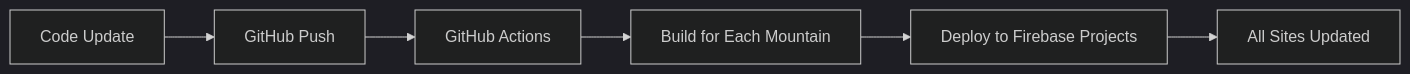
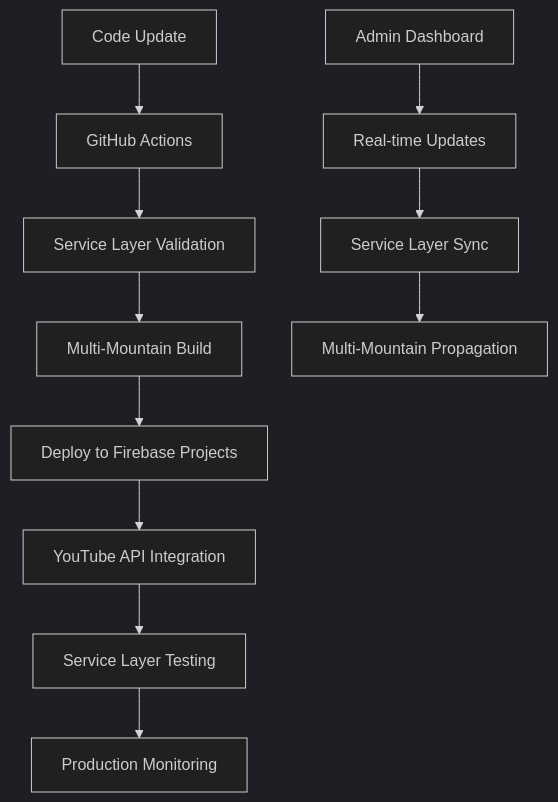
One commit to wwolfyy/mohocat changed the first of 2 diagrams in docs/architecture/PLATFORM_ARCHITECTURE.md. Above: the diagram before and after it, drawn with Mermaid (dark theme). The commit also changed other lines of this file and 4 other files, not shown here.

````diff
--- a/docs/architecture/PLATFORM_ARCHITECTURE.md
+++ b/docs/architecture/PLATFORM_ARCHITECTURE.md
@@ -92,8 +107,14 @@
 ```mermaid
-graph LR
-    A[Code Update] --> B[GitHub Push]
-    B --> C[GitHub Actions]
-    C --> D[Build for Each Mountain]
+graph TD
+    A[Code Update] --> B[GitHub Actions]
+    B --> C[Service Layer Validation]
+    C --> D[Multi-Mountain Build]
     D --> E[Deploy to Firebase Projects]
-    E --> F[All Sites Updated]
+    E --> F[YouTube API Integration]
+    F --> G[Service Layer Testing]
+    G --> H[Production Monitoring]
+    
+    I[Admin Dashboard] --> J[Real-time Updates]
+    J --> K[Service Layer Sync]
+    K --> L[Multi-Mountain Propagation]
 ```
````
